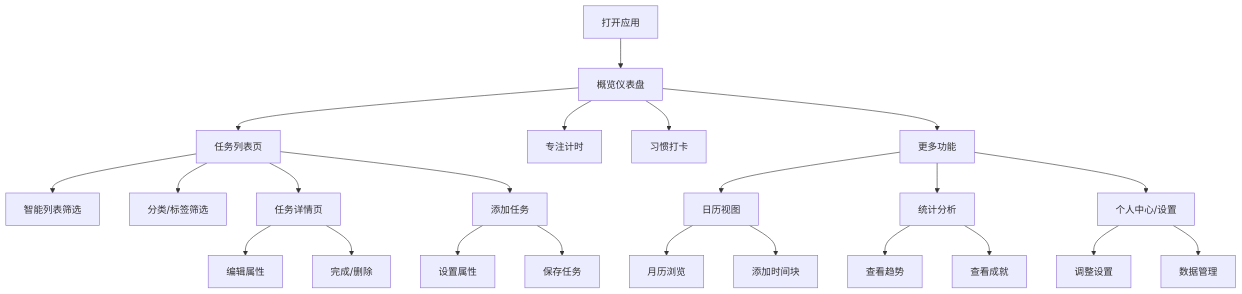
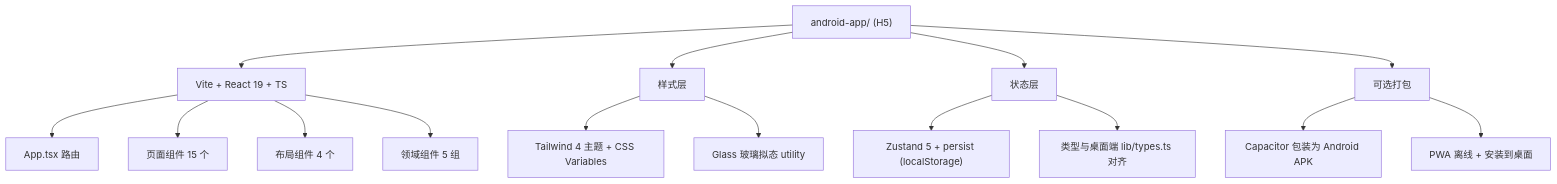
One commit to peoplk/backup changed the diagram in .trae/documents/prd.md. Above: the diagram before and after it, drawn with Mermaid. The commit also changed other lines of this file and 352 other files, not shown here.

````diff
--- a/.trae/documents/prd.md
+++ b/.trae/documents/prd.md
@@ -71,25 +5,17 @@
 ```mermaid
 flowchart TD
-    A["打开应用"] --> B["概览仪表盘"]
-    B --> C["任务列表页"]
-    B --> D["专注计时"]
-    B --> E["习惯打卡"]
-    B --> F["更多功能"]
-    C --> C1["智能列表筛选"]
-    C --> C2["分类/标签筛选"]
-    C --> C3["任务详情页"]
-    C --> C4["添加任务"]
-    C3 --> C3a["编辑属性"]
-    C3 --> C3b["完成/删除"]
-    C4 --> C4a["设置属性"]
-    C4 --> C4b["保存任务"]
-    F --> G["日历视图"]
-    F --> H["统计分析"]
-    F --> I["个人中心/设置"]
-    G --> G1["月历浏览"]
-    G --> G2["添加时间块"]
-    H --> H1["查看趋势"]
-    H --> H2["查看成就"]
-    I --> I1["调整设置"]
-    I --> I2["数据管理"]
+    A["android-app/ (H5)"] --> B["Vite + React 19 + TS"]
+    B --> B1["App.tsx 路由"]
+    B --> B2["页面组件 15 个"]
+    B --> B3["布局组件 4 个"]
+    B --> B4["领域组件 5 组"]
+    A --> C["样式层"]
+    C --> C1["Tailwind 4 主题 + CSS Variables"]
+    C --> C2["Glass 玻璃拟态 utility"]
+    A --> D["状态层"]
+    D --> D1["Zustand 5 + persist (localStorage)"]
+    D --> D2["类型与桌面端 lib/types.ts 对齐"]
+    A --> E["可选打包"]
+    E --> E1["Capacitor 包装为 Android APK"]
+    E --> E2["PWA 离线 + 安装到桌面"]
 ```
````
